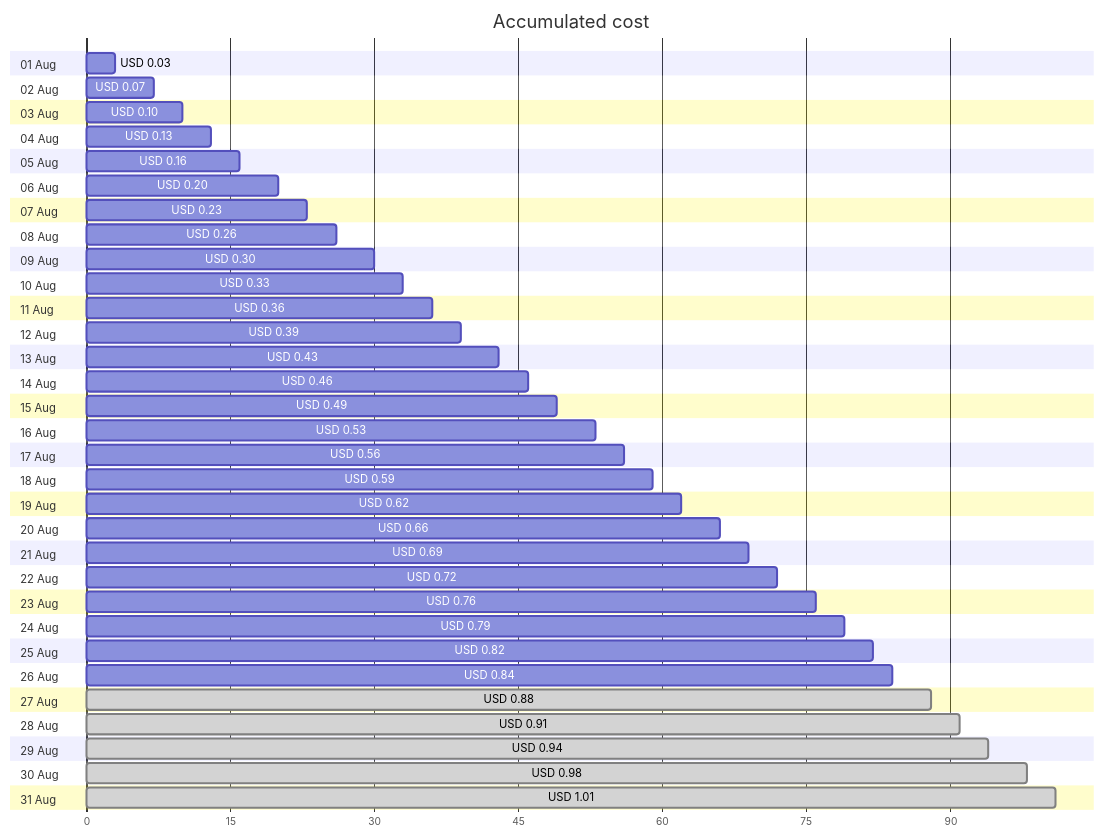
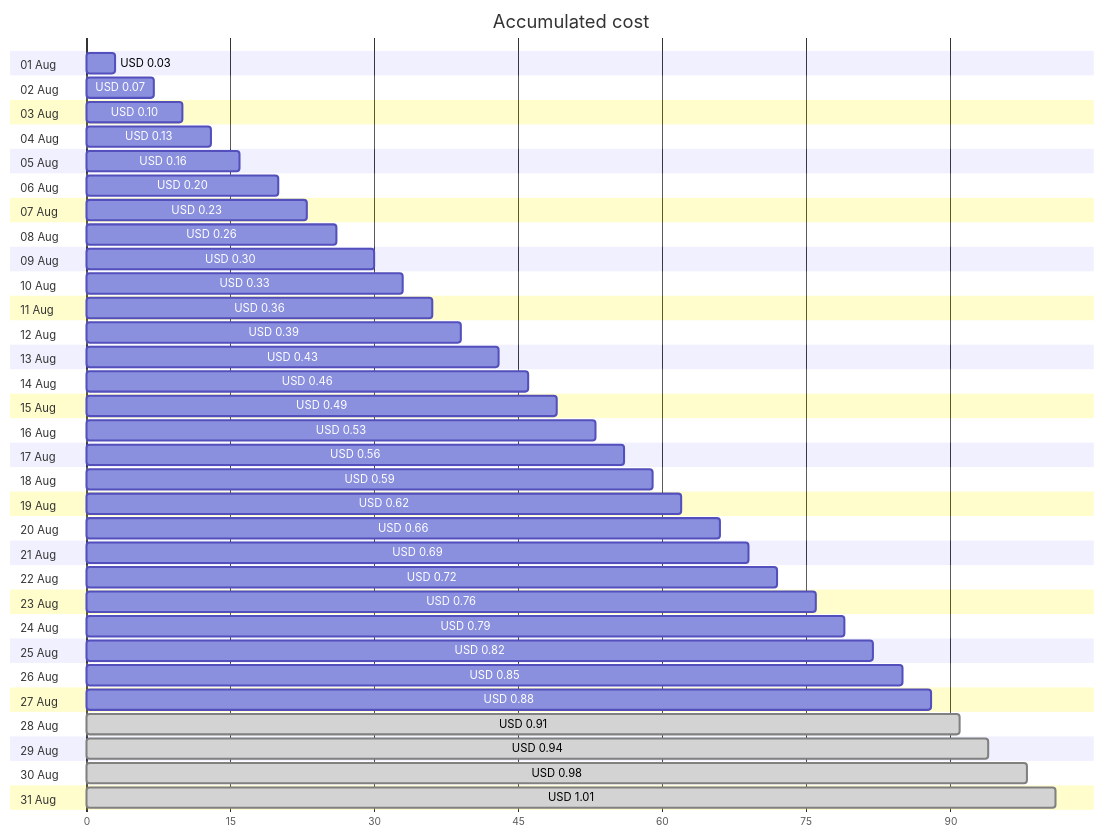
The first of 4 diagrams in cost-reports/personal-dns/README.md (jpfulton/azure-personal-reports), drawn with Mermaid before and after one commit. The commit also changed other lines of this file and 2 other files, not shown here.

````diff
--- a/cost-reports/personal-dns/README.md
+++ b/cost-reports/personal-dns/README.md
@@ -20,68 +20,68 @@
 ```mermaid
 gantt
    title Accumulated cost
    dateFormat  X
    axisFormat %s
    section 01 Aug
    USD 0.03 :0, 3
    section 02 Aug
    USD 0.07 :0, 7
    section 03 Aug
    USD 0.10 :0, 10
    section 04 Aug
    USD 0.13 :0, 13
    section 05 Aug
    USD 0.16 :0, 16
    section 06 Aug
    USD 0.20 :0, 20
    section 07 Aug
    USD 0.23 :0, 23
    section 08 Aug
    USD 0.26 :0, 26
    section 09 Aug
    USD 0.30 :0, 30
    section 10 Aug
    USD 0.33 :0, 33
    section 11 Aug
    USD 0.36 :0, 36
    section 12 Aug
    USD 0.39 :0, 39
    section 13 Aug
    USD 0.43 :0, 43
    section 14 Aug
    USD 0.46 :0, 46
    section 15 Aug
    USD 0.49 :0, 49
    section 16 Aug
    USD 0.53 :0, 53
    section 17 Aug
    USD 0.56 :0, 56
    section 18 Aug
    USD 0.59 :0, 59
    section 19 Aug
    USD 0.62 :0, 62
    section 20 Aug
    USD 0.66 :0, 66
    section 21 Aug
    USD 0.69 :0, 69
    section 22 Aug
    USD 0.72 :0, 72
    section 23 Aug
    USD 0.76 :0, 76
    section 24 Aug
    USD 0.79 :0, 79
    section 25 Aug
    USD 0.82 :0, 82
    section 26 Aug
-   USD 0.84 :0, 84
+   USD 0.85 :0, 85
    section 27 Aug
-   USD 0.88 : done, 0, 88
+   USD 0.88 :0, 88
    section 28 Aug
    USD 0.91 : done, 0, 91
    section 29 Aug
    USD 0.94 : done, 0, 94
    section 30 Aug
    USD 0.98 : done, 0, 98
    section 31 Aug
    USD 1.01 : done, 0, 101
 ```
````
